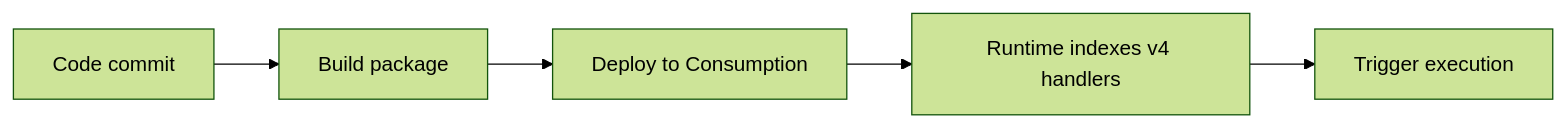
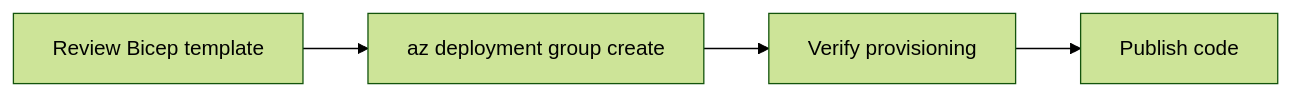
One commit to yeongseon/azure-functions-practical-guide changed the second of 2 diagrams in docs/language-guides/nodejs/tutorial/consumption/05-infrastructure-as-code.md. Above: the diagram before and after it, drawn with Mermaid (forest theme). The commit also changed other lines of this file and 7 other files, not shown here.

Commit message:
docs: validate and fix Node.js Consumption tutorials 01-07 against live deployment

````diff
--- a/docs/language-guides/nodejs/tutorial/consumption/05-infrastructure-as-code.md
+++ b/docs/language-guides/nodejs/tutorial/consumption/05-infrastructure-as-code.md
@@ -22,7 +54,6 @@
 ```mermaid
 flowchart LR
-    A[Code commit] --> B[Build package]
-    B --> C[Deploy to Consumption]
-    C --> D[Runtime indexes v4 handlers]
-    D --> E[Trigger execution]
+    A[Review Bicep template] --> B["az deployment group create"]
+    B --> C[Verify provisioning]
+    C --> D[Publish code]
 ```
````
